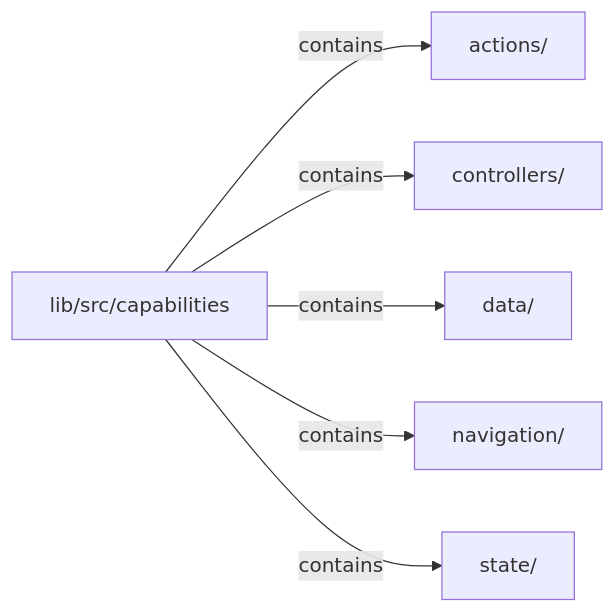
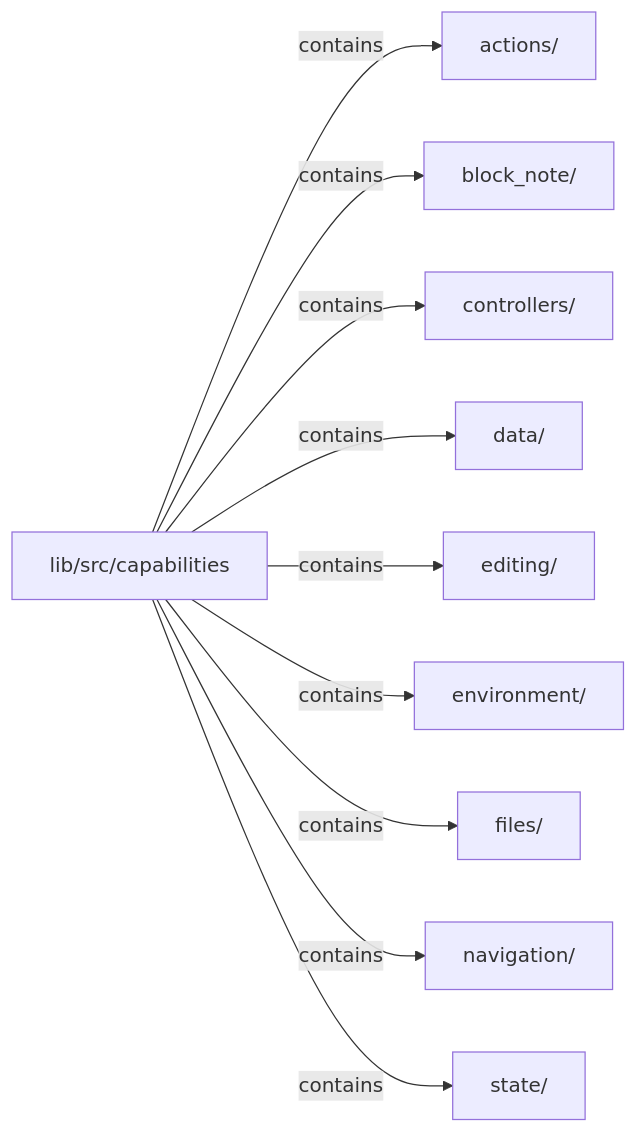
Before and after one commit to MiuDog/Kallopis: the diagram in docs/architecture/src/capabilities/README.md, drawn with Mermaid. The commit also changed other lines of this file and 9688 other files, not shown here.

Commit message:
Prepare isolated Flow F2 peer baseline

````diff
--- a/docs/architecture/src/capabilities/README.md
+++ b/docs/architecture/src/capabilities/README.md
@@ -33,14 +45,22 @@
 ```mermaid
 flowchart LR
 	n0["lib/src/capabilities"]
 	n1["actions/"]
-	n2["controllers/"]
-	n3["data/"]
-	n4["navigation/"]
-	n5["state/"]
+	n2["block_note/"]
+	n3["controllers/"]
+	n4["data/"]
+	n5["editing/"]
+	n6["environment/"]
+	n7["files/"]
+	n8["navigation/"]
+	n9["state/"]
 	n0 -->|"contains"| n1
 	n0 -->|"contains"| n2
 	n0 -->|"contains"| n3
 	n0 -->|"contains"| n4
 	n0 -->|"contains"| n5
+	n0 -->|"contains"| n6
+	n0 -->|"contains"| n7
+	n0 -->|"contains"| n8
+	n0 -->|"contains"| n9
 ```
````
